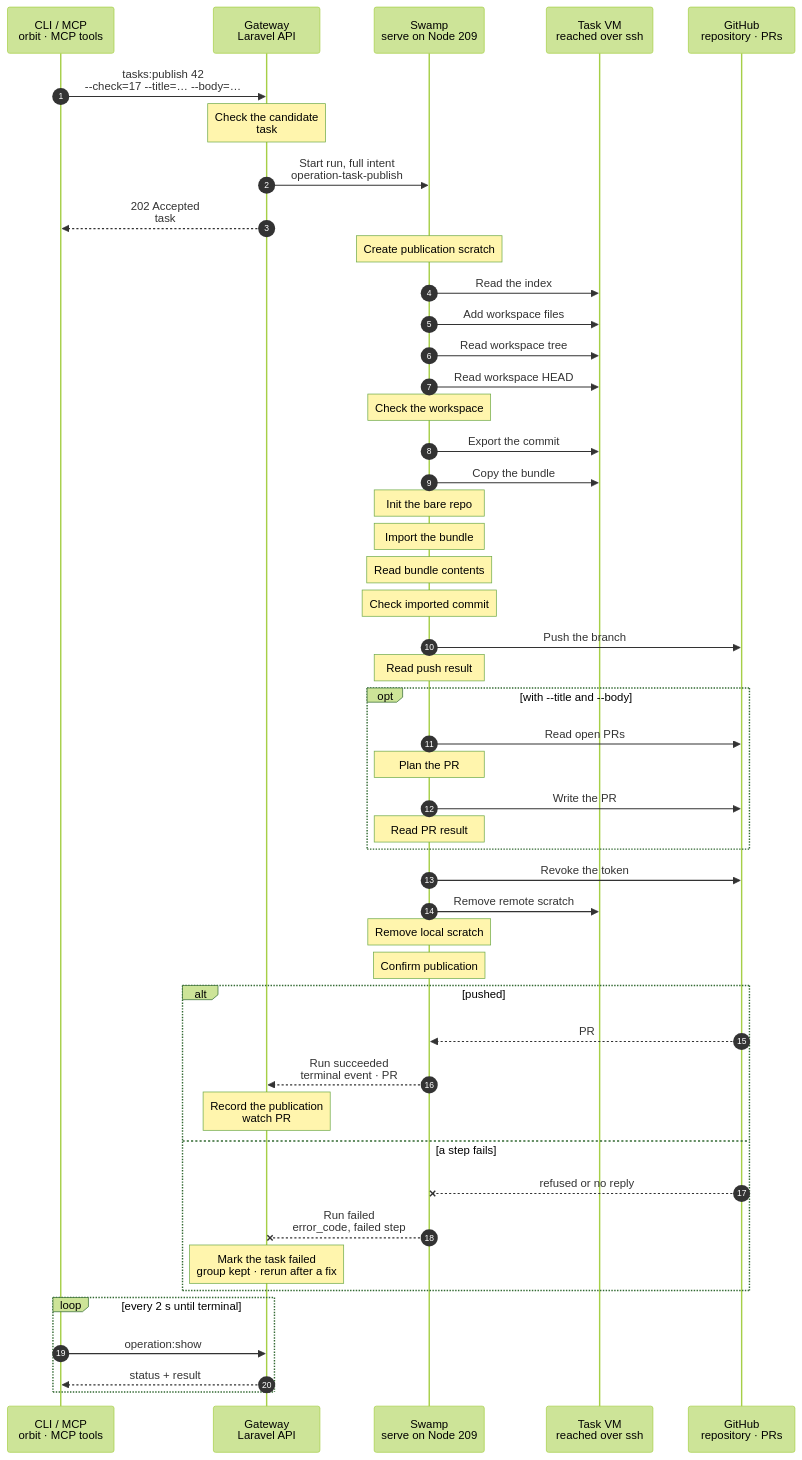
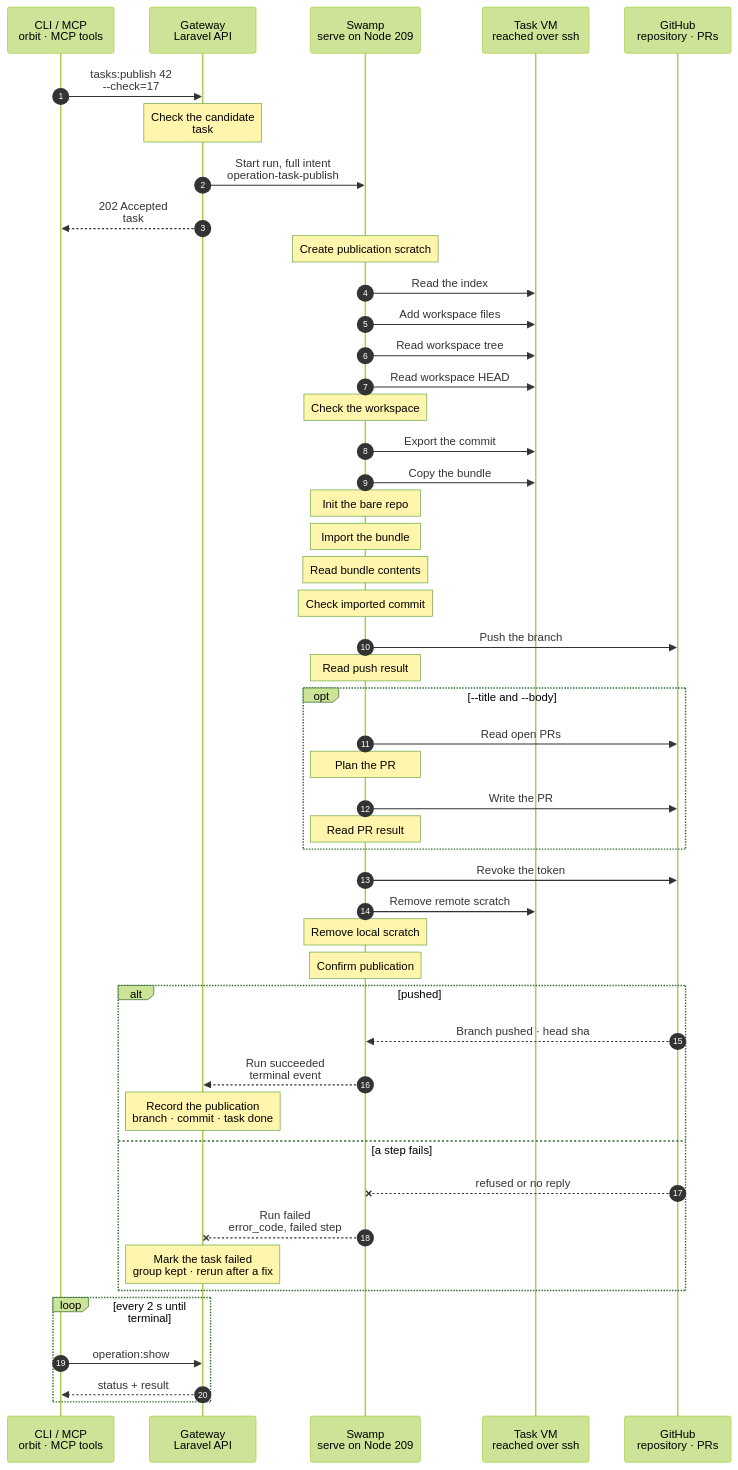
One commit to hardimpactdev/orbit changed the diagram in docs/cli/tasks/publish.mmd. Above: the diagram before and after it, drawn with Mermaid (forest theme). The commit also changed 4 other files, not shown here.

Commit message:
docs(tasks): draw required parameters on the main path (flow rule 23)

```diff
--- a/docs/cli/tasks/publish.mmd
+++ b/docs/cli/tasks/publish.mmd
@@ -1,148 +1,148 @@
 sequenceDiagram
   %% Target design: ADR 0244 task, DECISIONS 1 (token minted at admission, vault) and R2-R4, swamp-tasks-model. docs/reference/tasks.md#publish-an-external-group.
   %% Tightened: flow-tighten 2026-11-02, rule 16 (no tip read: a push without force refuses a divergent tip and pushes nothing for an identical one); rule 22 (no shipped scripts: task VM work is `@swamp/ssh exec` argv, 209 work is inline `git` and `gh api`; one workspace check, since import checks the bundled commit and tree).
   %% status: migrated
   %% command: tasks:publish
   %% kind: tasks.publish
   autonumber
   %% lane CLI icon=terminal pill=caller tone=gray
   %% lane GW icon=gateway pill=intent tone=blue
   %% lane SW icon=workflow pill=executes tone=green
   %% lane N icon=server pill=target tone=amber
   %% lane GH icon=server pill=target tone=purple
   participant CLI as CLI / MCP<br/>orbit · MCP tools
   participant GW as Gateway<br/>Laravel API
   participant SW as Swamp<br/>serve on Node 209
   participant N as Task VM<br/>reached over ssh
   participant GH as GitHub<br/>repository · PRs
-  CLI->>GW: tasks:publish 42<br/>--check=17 --title=… --body=…
+  CLI->>GW: tasks:publish 42<br/>--check=17
   %%> Command:
-  %%> - `orbit tasks:publish 42 --check=17 --title="Deliver the feature" --body="Adds the feature."`
+  %%> - `orbit tasks:publish 42 --check=17`
   %%> - syntax: `[group] --check=ID [--title=TEXT --body=TEXT] [--idempotency-key=KEY] [--json]`
   %%> Input:
   %%> - the task group, and the passed handoff check whose commit is published
   %%> - optionally a title and body together, to open or update the pull request; without them it only pushes
   Note over GW: Check the candidate<br/>task #5165 · mint push token
   %%> Requirements:
   %%> - your Node has an access grant to the Gateway
   %%> - group 42 is an open external group with its own task VM workspace
   %%> - check 17 passed for group 42, and required hosted CI passed on its commit, else `tasks.commit_not_checked`
   %%> - no other task runs on group 42; the Gateway holds one lock per group
   %%> What it does:
   %%> - captures the repository, default branch, commit, checked tree and the task VM's SSH target
   %%> - mints a token for that one repository with `contents: write`, `pull_requests: write` and `workflows: write`, and pushes it to the vault under two `task-publish-token-<uuid>` keys after commit (R3)
   %%> Result:
   %%> - task #5165 recorded with the full intent
   GW->>SW: Start run, full intent<br/>operation-task-publish
   %%> What it does:
   %%> - starts one Swamp run on serve (Node 209)
   %%> Inputs:
   %%> - the commit, tree, branch `task-42`, default branch and the optional title and body
   %%> - the vault key names of the token and Git authorization header, never their values
   GW-->>CLI: 202 Accepted<br/>task #5165
   %%> What you get:
   %%> - the task number, at once
   %%> Next:
   %%> - the CLI follows the task with `operation:show`
   Note over SW: Create publication scratch
   %%> How:
   %%> - a private worker directory holds the bundle, bare repository and bounded CLI replies
   SW->>N: Read the index
   %%> How:
   %%> - one bounded native Git command, with an isolated alternate index on the task VM
   SW->>N: Add workspace files
   %%> How:
   %%> - one bounded native Git command, with an isolated alternate index on the task VM
   SW->>N: Read workspace tree
   %%> How:
   %%> - one bounded native Git command, with an isolated alternate index on the task VM
   SW->>N: Read workspace HEAD
   %%> How:
   %%> - one bounded native Git command, with an isolated alternate index on the task VM
   Note over SW: Check the workspace
   %%> How:
   %%> - typed data compares HEAD and the complete tree to the admitted candidate; a mismatch refuses before export
   SW->>N: Export the commit
   %%> How:
   %%> - one bounded native command on the worker; no shipped script
   SW->>N: Copy the bundle
   %%> How:
   %%> - official SSH copy reads the bundle onto the worker; no code is copied to the task VM
   Note over SW: Init the bare repo
   %%> How:
   %%> - one bounded native command on the worker; no shipped script
   Note over SW: Import the bundle
   %%> How:
   %%> - one bounded native command on the worker; no shipped script
   Note over SW: Read bundle contents
   %%> How:
   %%> - one bounded native command on the worker; no shipped script
   Note over SW: Check imported commit
   %%> How:
   %%> - typed data compares the imported commit and tree without a second workspace observation
   SW->>GH: Push the branch
   %%> How:
   %%> - one bounded push without force; authorization is a vault-backed extra header in the environment
   Note over SW: Read push result
   %%> How:
   %%> - typed data reads private replies and preserves fast-forward and Workflows refusal codes
-  opt with --title and --body
-  SW->>GH: Read open PRs
-  %%> How:
-  %%> - one bounded native command on the worker; no shipped script
-  Note over SW: Plan the PR
-  %%> How:
-  %%> - typed data selects an open PR or creation and writes unchanged caller prose into a JSON input file
-  SW->>GH: Write the PR
-  %%> How:
-  %%> - one bounded native command on the worker; no shipped script
-  Note over SW: Read PR result
-  %%> How:
-  %%> - typed data keeps only the PR number and URL
+  opt --title and --body
+    SW->>GH: Read open PRs
+    %%> How:
+    %%> - one bounded native command on the worker; no shipped script
+    Note over SW: Plan the PR
+    %%> How:
+    %%> - typed data selects an open PR or creation and writes unchanged caller prose into a JSON input file
+    SW->>GH: Write the PR
+    %%> How:
+    %%> - one bounded native command on the worker; no shipped script
+    Note over SW: Read PR result
+    %%> How:
+    %%> - typed data keeps only the PR number and URL
   end
   SW->>GH: Revoke the token
   %%> How:
   %%> - one bounded gh api call; a refused revoke is best effort and the token expires within an hour
   SW->>N: Remove remote scratch
   %%> How:
   %%> - one bounded SSH argv removes this run's index and bundle after failure too
   Note over SW: Remove local scratch
   %%> How:
   %%> - one bounded command removes the private worker directory and CLI configuration
   Note over SW: Confirm publication
   %%> How:
   %%> - the native assert requires the push, optional PR reply and worker cleanup to be complete
   alt pushed
-    GH-->>SW: PR #57 · head sha
+    GH-->>SW: Branch pushed · head sha
     %%> Returns:
     %%> - the branch, commit, and the PR number and URL, or null PR fields for a push alone
-    SW-->>GW: Run succeeded<br/>terminal event · PR
+    SW-->>GW: Run succeeded<br/>terminal event
     %%> How the Gateway learns it:
     %%> - its shared run reader sees the terminal event; Swamp never calls the Gateway
-    Note over GW: Record the publication<br/>watch PR #57 · task done
+    Note over GW: Record the publication<br/>branch · commit · task done
     %%> Result:
-    %%> - group 42 watches PR #57; its board status and settle metrics stay as they are
+    %%> - group 42 watches PR #57 only with `--title` and `--body`; its board status and settle metrics stay as they are
     %%> - task #5165 succeeds
   else a step fails
     GH--xSW: refused or no reply
     %%> When:
     %%> - the workspace moved, the tip diverged, the push or PR write was refused, or a reply was lost
     SW--xGW: Run failed<br/>error_code, failed step
     %%> The Gateway reads:
     %%> - which step failed and its error code, such as `tasks.push_failed`
     Note over GW: Mark the task failed<br/>group kept · rerun after a fix
     %%> Result:
     %%> - task #5165 fails; group 42 and its workspace stay as they are
     %%> On GitHub:
     %%> - a push or PR that started stays; there is no rollback
     %%> Retry:
     %%> - run the same command again: a new task gets a new token; an identical tip pushes nothing, and the PR is looked up again before any write
   end
   loop every 2 s until terminal
     CLI->>GW: operation:show #5165
     %%> What it does:
     %%> - asks for the task's status every 2 seconds until it has ended
     GW-->>CLI: status + result
     %%> Returns:
     %%> - the current status, and the result once the task has ended
   end
```
